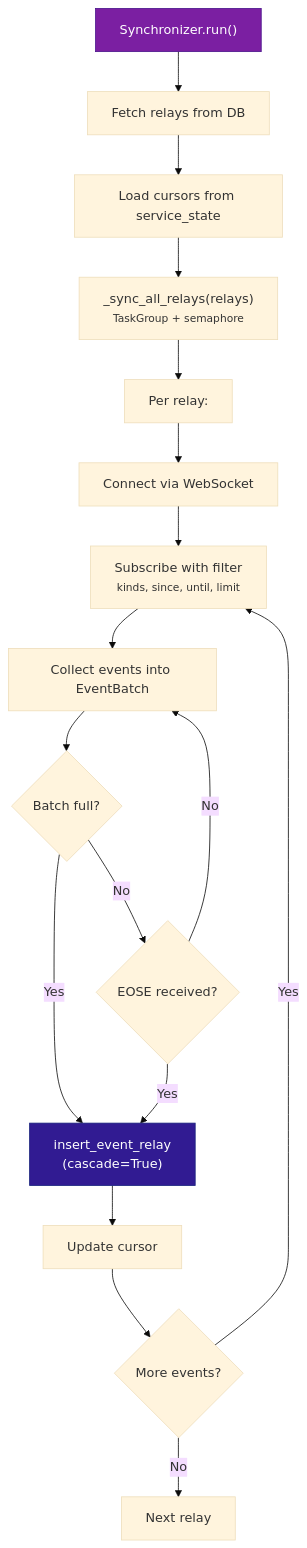
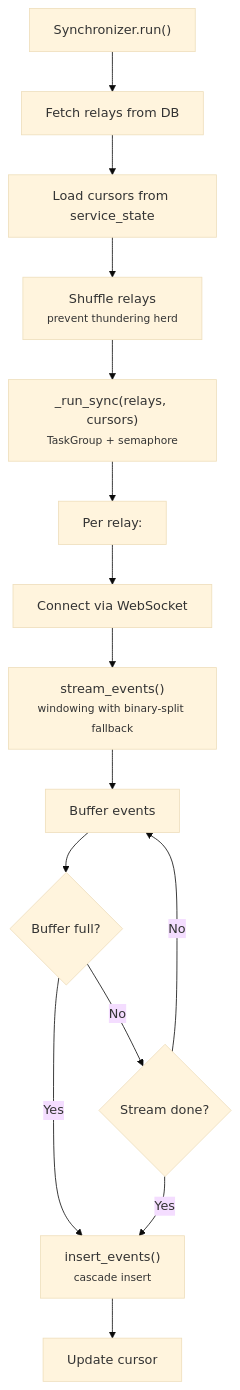
Before and after one commit to BigBrotr/bigbrotr: the fourth of 5 diagrams in docs/user-guide/services.md, drawn with Mermaid (base theme). The commit also changed other lines of this file and 10 other files, not shown here.

````diff
--- a/docs/user-guide/services.md
+++ b/docs/user-guide/services.md
@@ -316,22 +287,18 @@
 ```mermaid
 flowchart TD
     A["Synchronizer.run()"] --> B["Fetch relays from DB"]
     B --> C["Load cursors from service_state"]
-    C --> D["_sync_all_relays(relays)<br/><small>TaskGroup + semaphore</small>"]
-    D --> E["Per relay:"]
-    E --> F["Connect via WebSocket"]
-    F --> G["Subscribe with filter<br/><small>kinds, since, until, limit</small>"]
-    G --> H["Collect events into EventBatch"]
-    H --> I{Batch full?}
-    I -->|Yes| J["insert_event_relay<br/>(cascade=True)"]
-    I -->|No| K{EOSE received?}
-    K -->|Yes| J
-    K -->|No| H
-    J --> L["Update cursor"]
-    L --> M{More events?}
-    M -->|Yes| G
-    M -->|No| N["Next relay"]
+    C --> D["Shuffle relays<br/><small>prevent thundering herd</small>"]
+    D --> E["_run_sync(relays, cursors)<br/><small>TaskGroup + semaphore</small>"]
+    E --> F["Per relay:"]
+    F --> G["Connect via WebSocket"]
+    G --> H["stream_events()<br/><small>windowing with binary-split fallback</small>"]
+    H --> I["Buffer events"]
+    I --> J{Buffer full?}
+    J -->|Yes| K["insert_events()<br/><small>cascade insert</small>"]
+    J -->|No| L{Stream done?}
+    L -->|Yes| K
+    L -->|No| I
+    K --> M["Update cursor"]
 
-    style A fill:#7B1FA2,color:#fff,stroke:#4A148C
-    style J fill:#311B92,color:#fff,stroke:#1A237E
 ```
````
